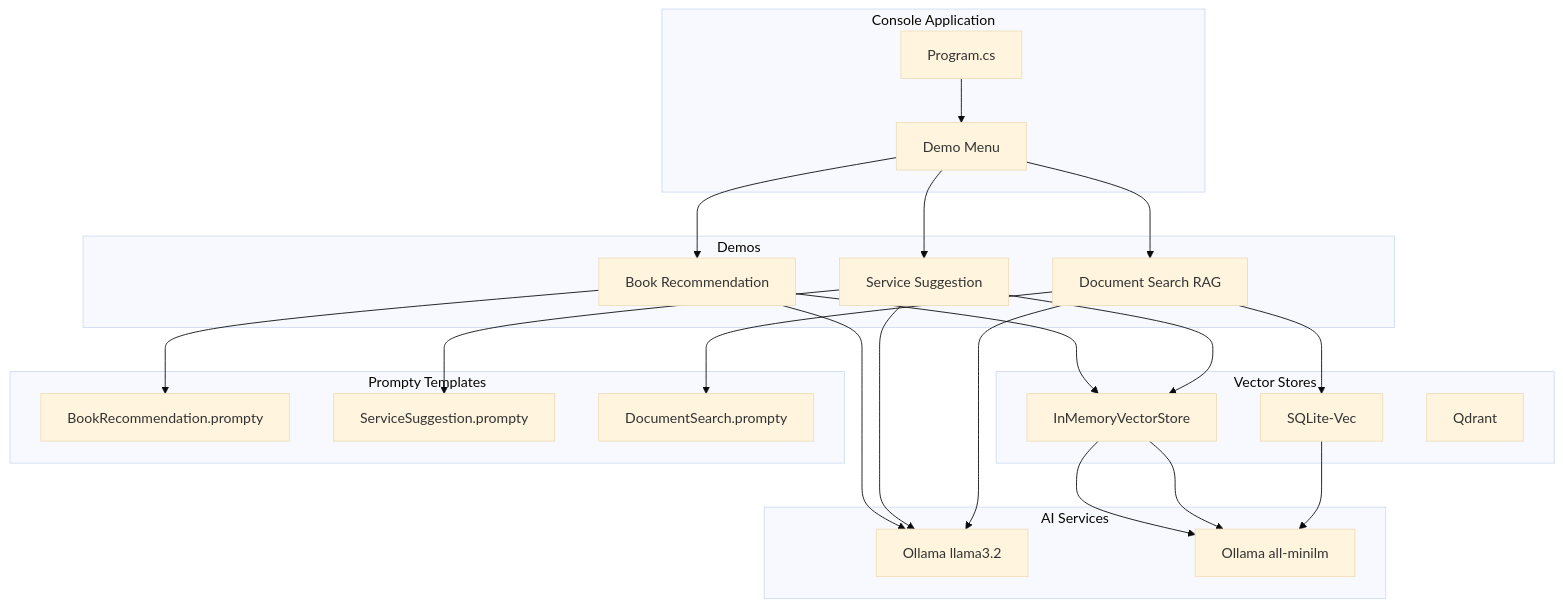
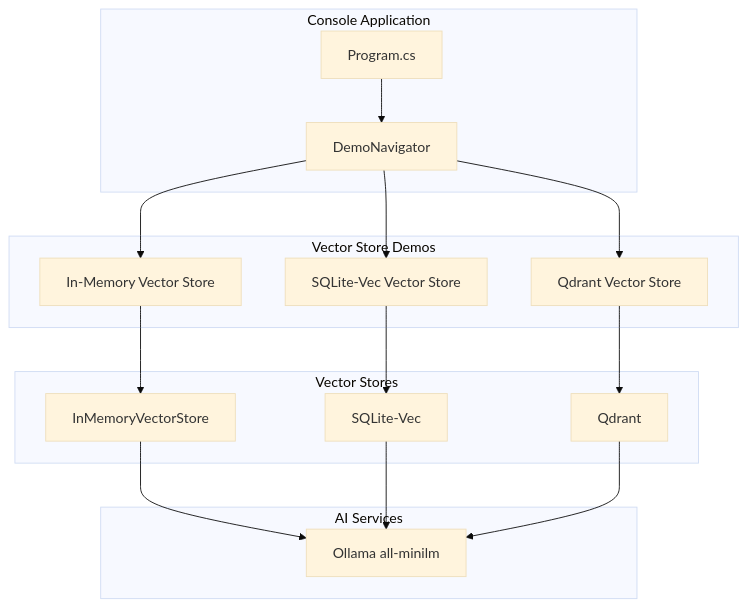
The first of 2 diagrams in docs/AI.Workshop.Console.VectorDemos.md (mgliot/AI.Workshop), drawn with Mermaid (base theme) before and after one commit. The commit also changed other lines of this file and 23 other files, not shown here.

Commit message:
fix: fixed vector and agent console demos

````diff
--- a/docs/AI.Workshop.Console.VectorDemos.md
+++ b/docs/AI.Workshop.Console.VectorDemos.md
@@ -7,39 +16,28 @@
 ```mermaid
 graph TB
     subgraph "Console Application"
         MAIN[Program.cs]
-        MENU[Demo Menu]
+        NAV[DemoNavigator]
     end
     
-    subgraph "Demos"
-        D1[Book Recommendation]
-        D2[Service Suggestion]
-        D3[Document Search RAG]
+    subgraph "Vector Store Demos"
+        D1[In-Memory Vector Store]
+        D2[SQLite-Vec Vector Store]
+        D3[Qdrant Vector Store]
     end
     
     subgraph "Vector Stores"
         IMS[InMemoryVectorStore]
         SQL[SQLite-Vec]
         QD[Qdrant]
     end
     
     subgraph "AI Services"
-        OLL[Ollama llama3.2]
         EMB[Ollama all-minilm]
     end
     
-    subgraph "Prompty Templates"
-        P1[BookRecommendation.prompty]
-        P2[ServiceSuggestion.prompty]
-        P3[DocumentSearch.prompty]
-    end
-    
-    MAIN --> MENU --> D1 & D2 & D3
+    MAIN --> NAV --> D1 & D2 & D3
     D1 --> IMS --> EMB
-    D2 --> IMS --> EMB
-    D3 --> SQL --> EMB
-    D1 & D2 & D3 --> OLL
-    D1 --> P1
-    D2 --> P2
-    D3 --> P3
+    D2 --> SQL --> EMB
+    D3 --> QD --> EMB
 ```
````
